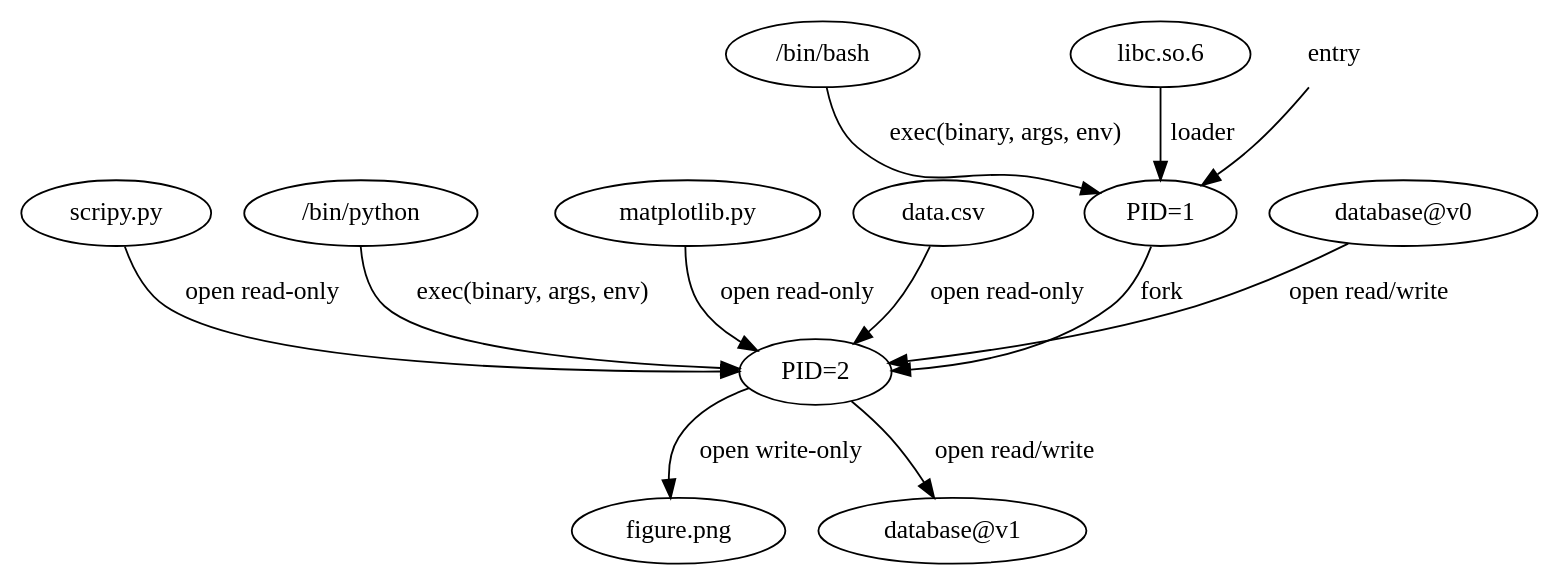
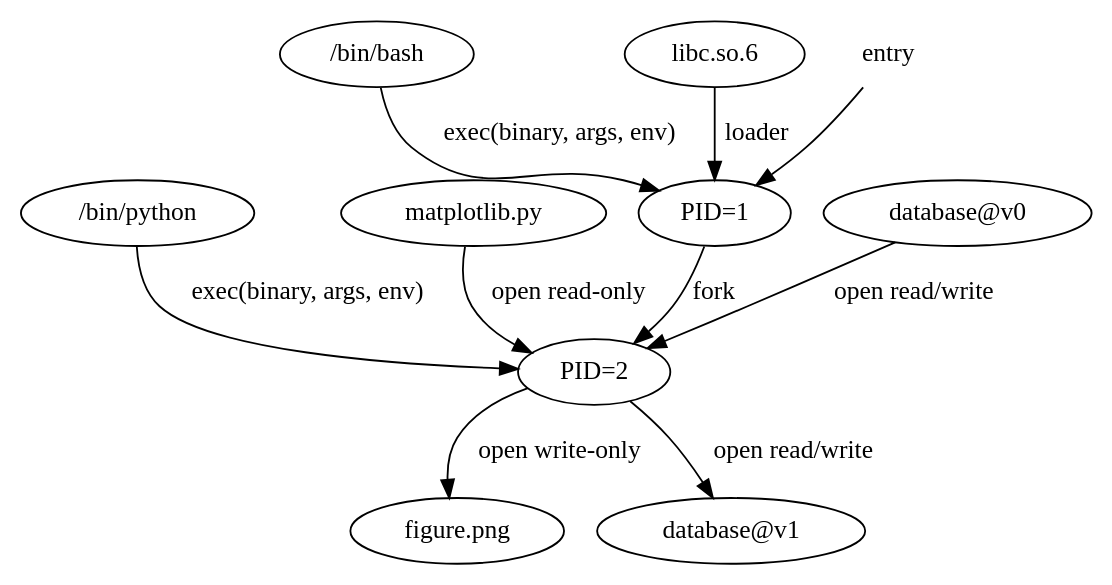
Before and after one commit to charmoniumQ/PROBE: the diagram in docs/benchmark_suite/prov-example.dot, drawn with Graphviz. The commit also changed 10 other files, not shown here.

```diff
--- a/docs/benchmark_suite/prov-example.dot
+++ b/docs/benchmark_suite/prov-example.dot
@@ -1,29 +1,25 @@
 digraph G {
 
   node [label="figure.png"] graph_png;
-  node [label="scripy.py"] script_py;
   node [label="/bin/python"] python;
   node [label="matplotlib.py"] matplotlib;
-  node [label="data.csv"] data_csv;
   node [label="PID=2"] proc2;
   node [label="PID=1"] proc1;
   node [label="/bin/bash"] bash;
   node [label="libc.so.6"] libc;
   node [label="database@v0"] database0;
   node [label="database@v1"] database1;
   node [label="entry", shape="none"] user;
 
   user -> proc1;
 
   bash -> proc1 [label="exec(binary, args, env)"];
   libc -> proc1 [label="loader"];
   proc1 -> proc2 [label="fork"];
 
   python -> proc2 [label="exec(binary, args, env)"];
   matplotlib -> proc2 [label="open read-only"];
-  script_py -> proc2 [label="open read-only"];
   database0 -> proc2 [label="open read/write"];
   proc2 -> database1 [label="open read/write"];
-  data_csv -> proc2 [label="open read-only"];
   proc2 -> graph_png [label="open write-only"];
 }
```
